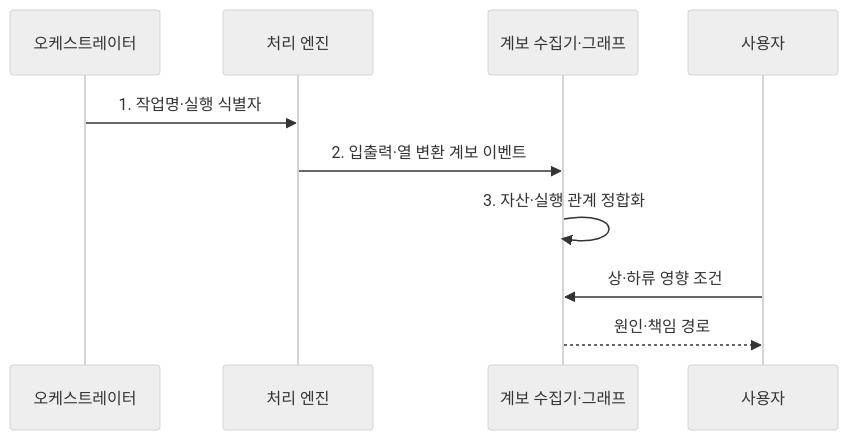
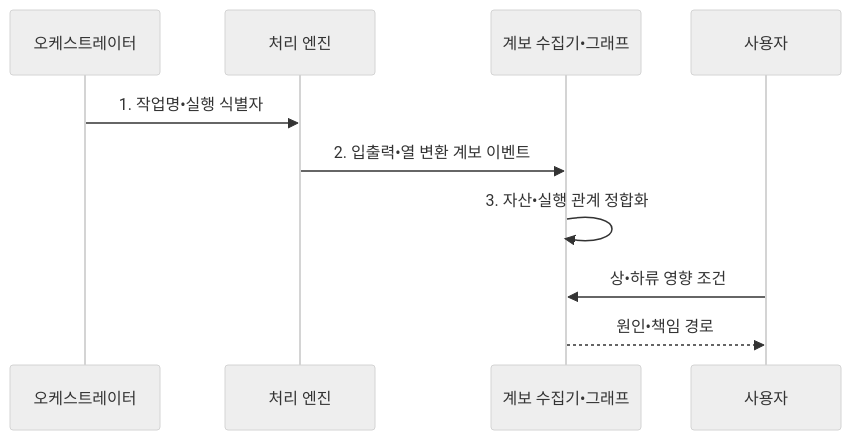
The second of 2 diagrams in src/content/docs/notes/03-software/134_data_lineage.md (agnusdei1207/knowledge-base), drawn with Mermaid (neutral theme) before and after one commit. The commit also changed other lines of this file and 953 other files, not shown here.

````diff
--- a/src/content/docs/notes/03-software/134_data_lineage.md
+++ b/src/content/docs/notes/03-software/134_data_lineage.md
@@ -110,12 +110,12 @@
 ```mermaid
 sequenceDiagram
     participant O as 오케스트레이터
     participant E as 처리 엔진
-    participant G as 계보 수집기·그래프
+    participant G as 계보 수집기•그래프
     participant U as 사용자
-    O->>E: 1. 작업명·실행 식별자
-    E->>G: 2. 입출력·열 변환 계보 이벤트
-    G->>G: 3. 자산·실행 관계 정합화
-    U->>G: 상·하류 영향 조건
-    G-->>U: 원인·책임 경로
+    O->>E: 1. 작업명•실행 식별자
+    E->>G: 2. 입출력•열 변환 계보 이벤트
+    G->>G: 3. 자산•실행 관계 정합화
+    U->>G: 상•하류 영향 조건
+    G-->>U: 원인•책임 경로
 ```
````
